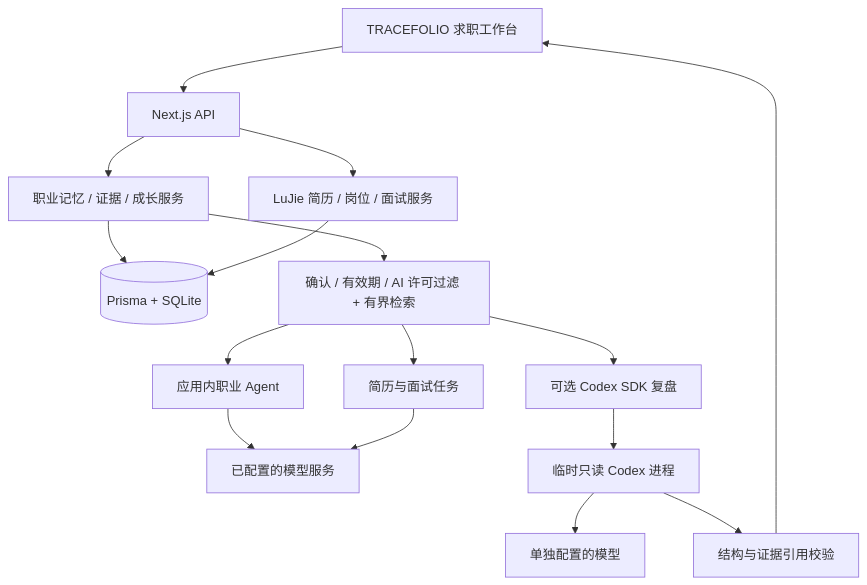
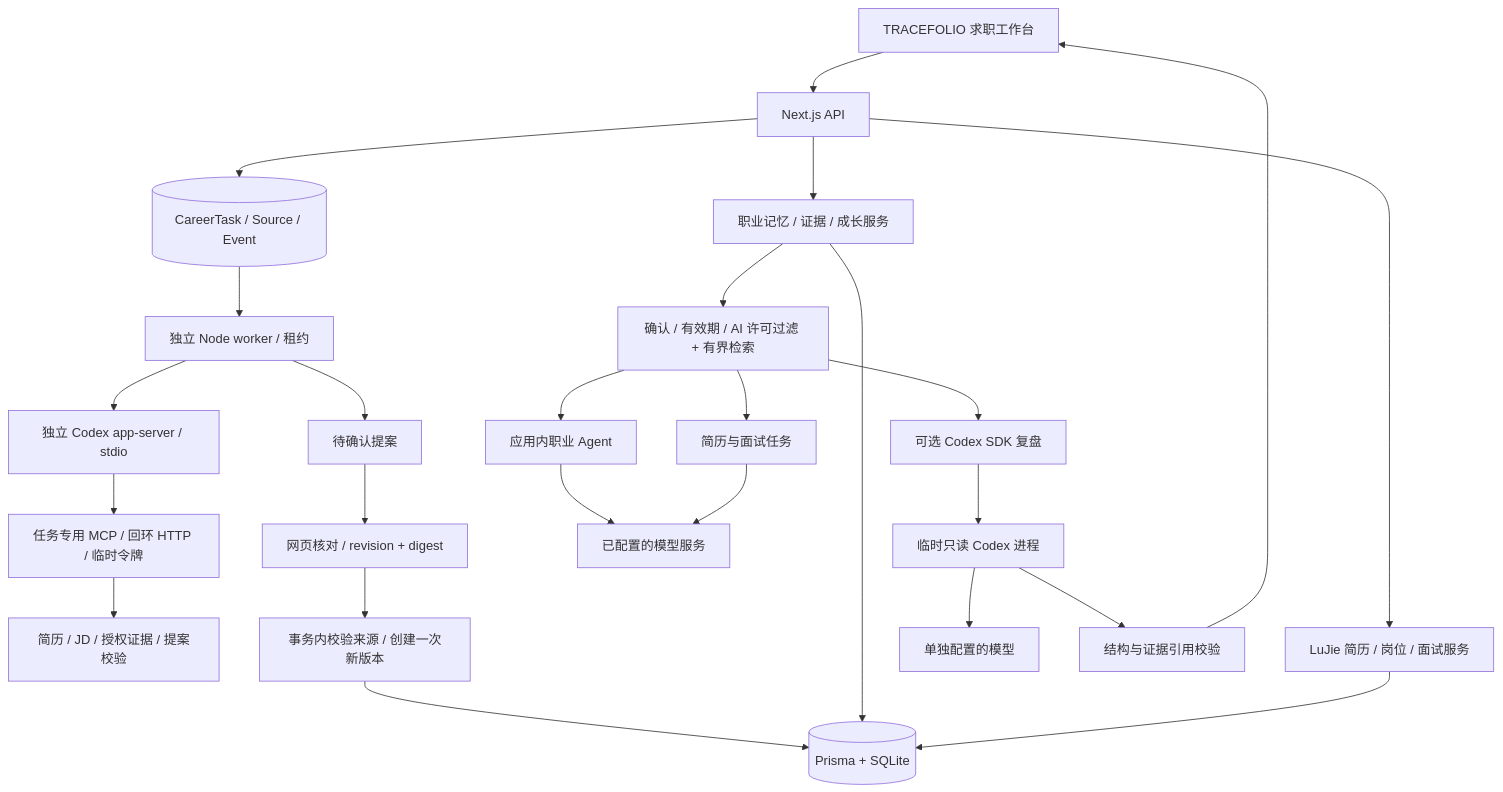
One commit to yiyu0716/TRACEFOLIO changed the diagram in docs/ARCHITECTURE.md. Above: the diagram before and after it, drawn with Mermaid. The commit also changed other lines of this file and 33 other files, not shown here.

Commit message:
Add evidence-backed JD tailoring with Codex app-server

````diff
--- a/docs/ARCHITECTURE.md
+++ b/docs/ARCHITECTURE.md
@@ -5,18 +5,27 @@
 ```mermaid
 flowchart TD
   UI[TRACEFOLIO 求职工作台] --> API[Next.js API]
   API --> Career[职业记忆 / 证据 / 成长服务]
+  API --> Queue[(CareerTask / Source / Event)]
+  Queue --> Worker[独立 Node worker / 租约]
+  Worker --> AppServer[独立 Codex app-server / stdio]
+  AppServer --> MCP[任务专用 MCP / 回环 HTTP / 临时令牌]
+  MCP --> Scoped[简历 / JD / 授权证据 / 提案校验]
+  Worker --> Proposal[待确认提案]
+  Proposal --> Confirm[网页核对 / revision + digest]
+  Confirm --> Save[事务内校验来源 / 创建一次新版本]
+  Save --> DB
   API --> Existing[LuJie 简历 / 岗位 / 面试服务]
   Career --> DB[(Prisma + SQLite)]
   Existing --> DB
   Career --> Context[确认 / 有效期 / AI 许可过滤 + 有界检索]
   Context --> Agent[应用内职业 Agent]
   Context --> Tasks[简历与面试任务]
   Agent --> Providers[已配置的模型服务]
   Tasks --> Providers
   Context --> Review[可选 Codex SDK 复盘]
   Review --> Runtime[临时只读 Codex 进程]
   Runtime --> Model[单独配置的模型]
   Runtime --> Validate[结构与证据引用校验]
   Validate --> UI
 ```
````
